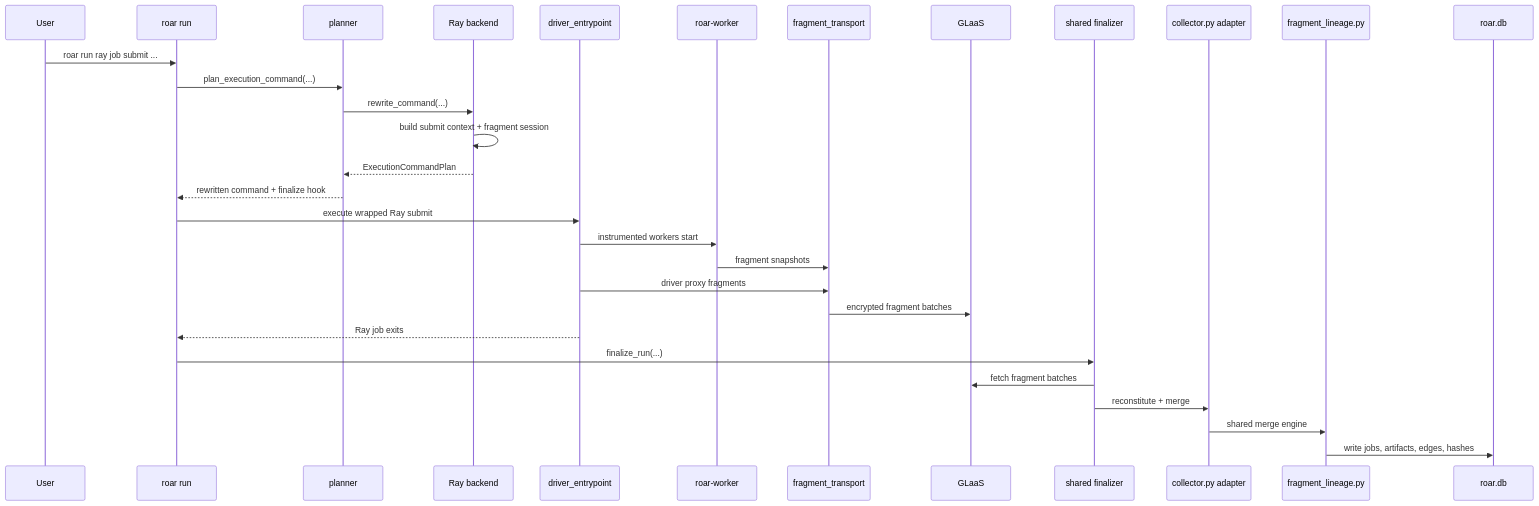
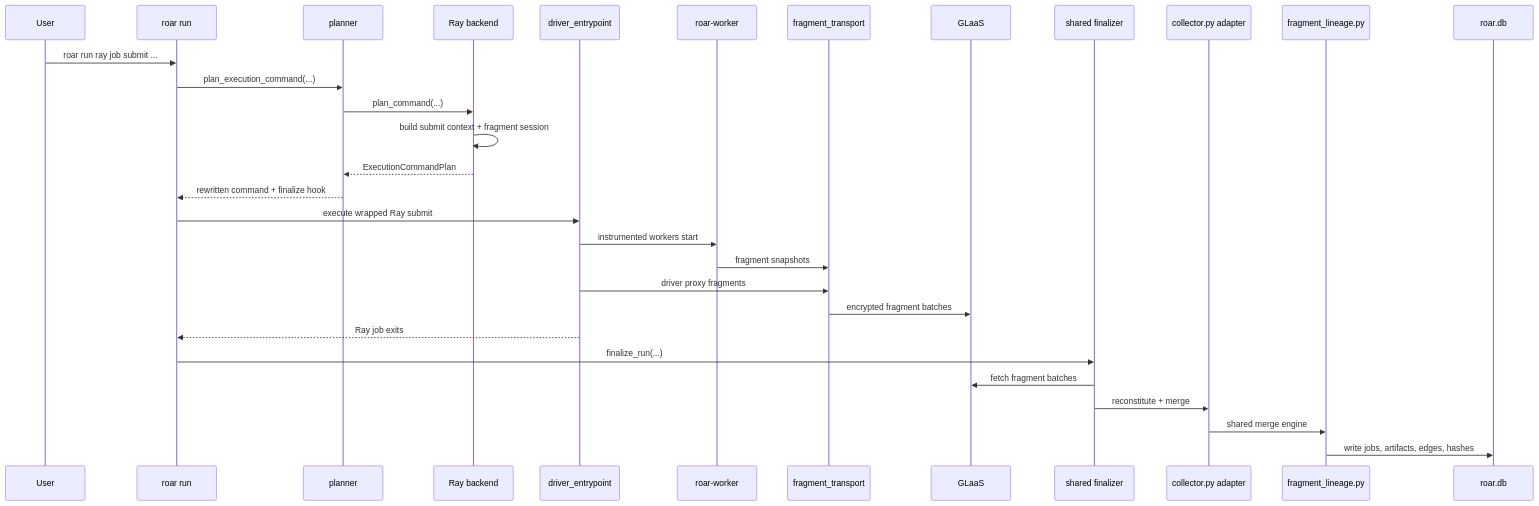
Before and after one commit to treqs/roar: the second of 2 diagrams in docs/developer/ray-integration.md, drawn with Mermaid. The commit also changed 19 other files, not shown here.

````diff
--- a/docs/developer/ray-integration.md
+++ b/docs/developer/ray-integration.md
@@ -181,33 +181,33 @@
 ```mermaid
 sequenceDiagram
     participant U as User
     participant R as roar run
     participant P as planner
     participant S as Ray backend
     participant D as driver_entrypoint
     participant W as roar-worker
     participant T as fragment_transport
     participant G as GLaaS
     participant F as shared finalizer
     participant C as collector.py adapter
     participant L as fragment_lineage.py
     participant DB as roar.db
 
     U->>R: roar run ray job submit ...
     R->>P: plan_execution_command(...)
-    P->>S: rewrite_command(...)
+    P->>S: plan_command(...)
     S->>S: build submit context + fragment session
     S-->>P: ExecutionCommandPlan
     P-->>R: rewritten command + finalize hook
     R->>D: execute wrapped Ray submit
     D->>W: instrumented workers start
     W->>T: fragment snapshots
     D->>T: driver proxy fragments
     T->>G: encrypted fragment batches
     D-->>R: Ray job exits
     R->>F: finalize_run(...)
     F->>G: fetch fragment batches
     F->>C: reconstitute + merge
     C->>L: shared merge engine
     L->>DB: write jobs, artifacts, edges, hashes
 ```
````
